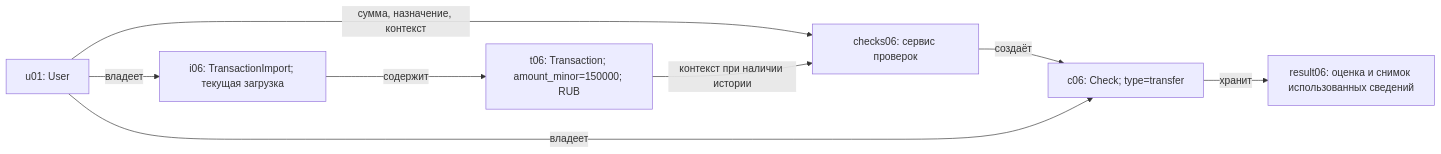
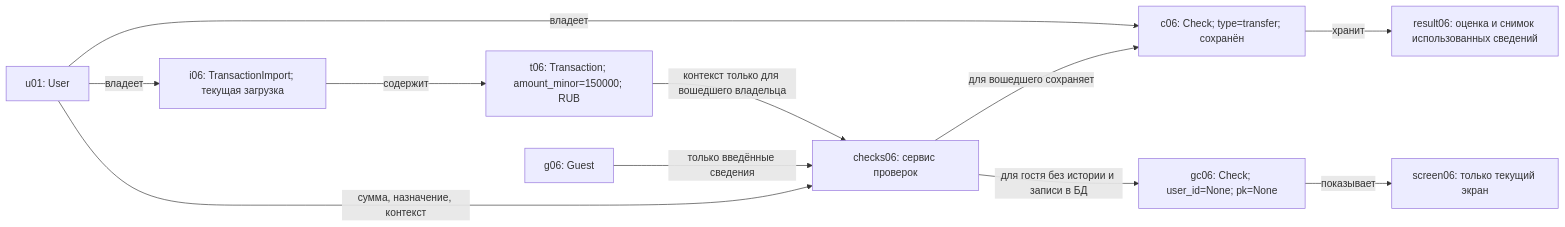
Diagram 11 of 14 in kharchenko_diagrams.md (dzprht/alphago1v), drawn with Mermaid before and after one commit. The commit also changed other lines of this file and 9 other files, not shown here.

````diff
--- a/kharchenko_diagrams.md
+++ b/kharchenko_diagrams.md
@@ -210,10 +236,13 @@
 ```mermaid
 flowchart LR
     user["u01: User"] -->|владеет| import["i06: TransactionImport; текущая загрузка"]
     import -->|содержит| transaction["t06: Transaction; amount_minor=150000; RUB"]
     user -->|сумма, назначение, контекст| service["checks06: сервис проверок"]
-    transaction -->|контекст при наличии истории| service
-    service -->|создаёт| check["c06: Check; type=transfer"]
+    guest["g06: Guest"] -->|только введённые сведения| service
+    transaction -->|контекст только для вошедшего владельца| service
+    service -->|для вошедшего сохраняет| check["c06: Check; type=transfer; сохранён"]
+    service -->|для гостя без истории и записи в БД| guestcheck["gc06: Check; user_id=None; pk=None"]
+    guestcheck -->|показывает| screen["screen06: только текущий экран"]
     user -->|владеет| check
     check -->|хранит| result["result06: оценка и снимок использованных сведений"]
 ```
````
